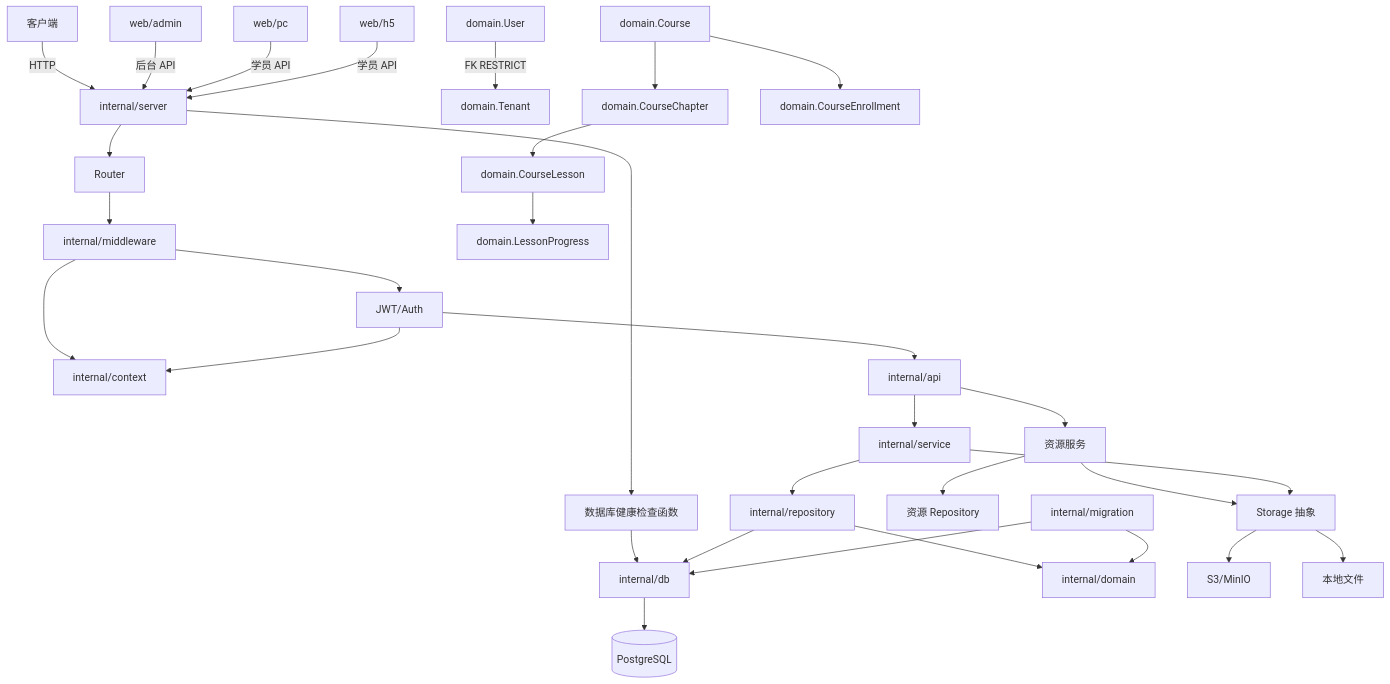
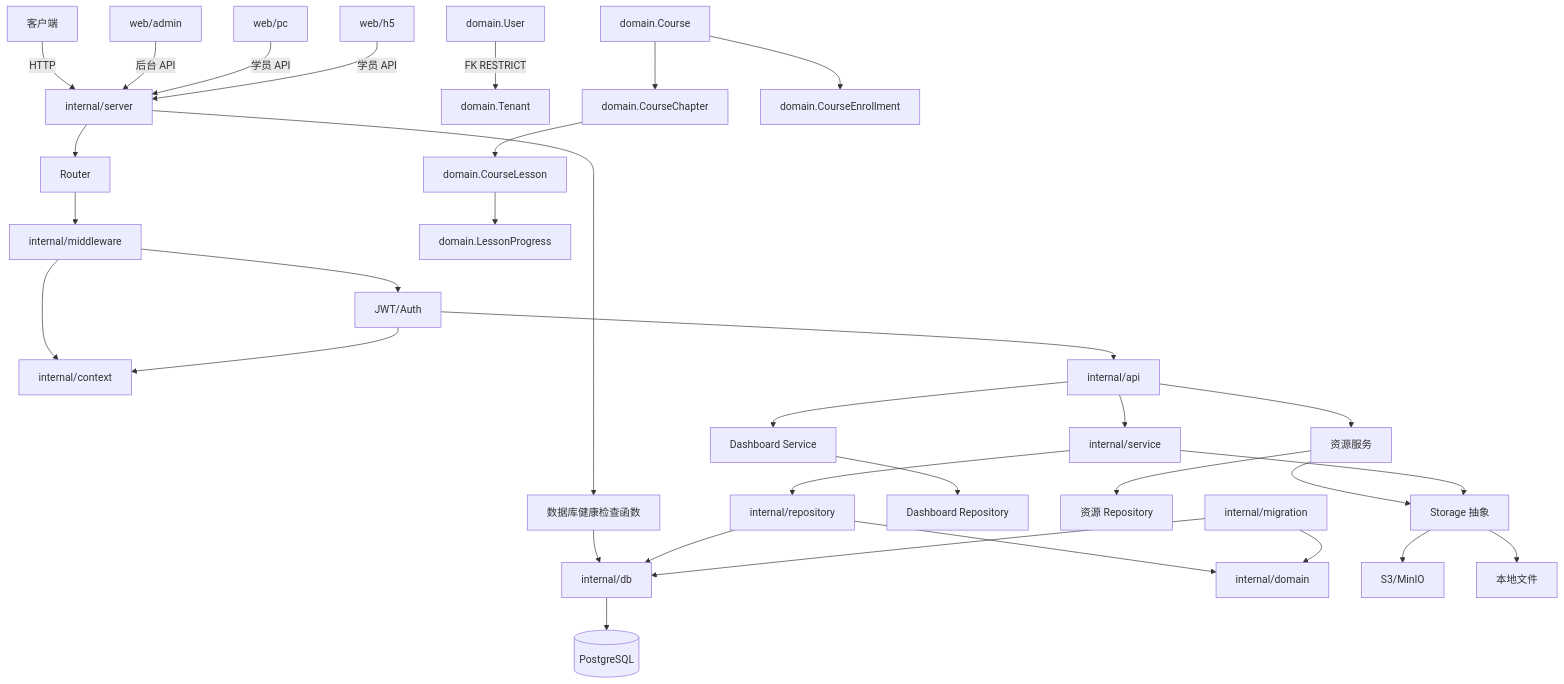
The diagram in .codex/knowledge-graph.md (1622359590/imaiplay), drawn with Mermaid before and after one commit. The commit also changed other lines of this file and 16 other files, not shown here.

````diff
--- a/.codex/knowledge-graph.md
+++ b/.codex/knowledge-graph.md
@@ -5,33 +5,35 @@
 ```mermaid
 graph TD
     Client[客户端] -->|HTTP| Server[internal/server]
     Server --> Router[Router]
     Router --> Middleware[internal/middleware]
     Middleware --> Context[internal/context]
     Middleware --> Auth[JWT/Auth]
     Auth --> Context
     Auth --> Handler[internal/api]
     Server --> DBHealth[数据库健康检查函数]
     DBHealth --> DB[internal/db]
     Handler --> Service[internal/service]
     Service --> Repository[internal/repository]
     Repository --> Domain[internal/domain]
     User[domain.User] -->|FK RESTRICT| Tenant[domain.Tenant]
     Course[domain.Course] --> Chapter[domain.CourseChapter]
     Chapter --> Lesson[domain.CourseLesson]
     Course --> Enrollment[domain.CourseEnrollment]
     Lesson --> Progress[domain.LessonProgress]
     Handler --> ResourceService[资源服务]
+    Handler --> DashboardService[Dashboard Service]
+    DashboardService --> DashboardRepository[Dashboard Repository]
     ResourceService --> ResourceRepo[资源 Repository]
     ResourceService --> Storage[Storage 抽象]
     WebAdmin[web/admin] -->|后台 API| Server
     WebPC[web/pc] -->|学员 API| Server
     WebH5[web/h5] -->|学员 API| Server
     Repository --> DB
     Migration[internal/migration] --> Domain
     Migration --> DB
     DB --> PostgreSQL[(PostgreSQL)]
     Service --> Storage[Storage 抽象]
     Storage --> S3[S3/MinIO]
     Storage --> Local[本地文件]
 ```
````
